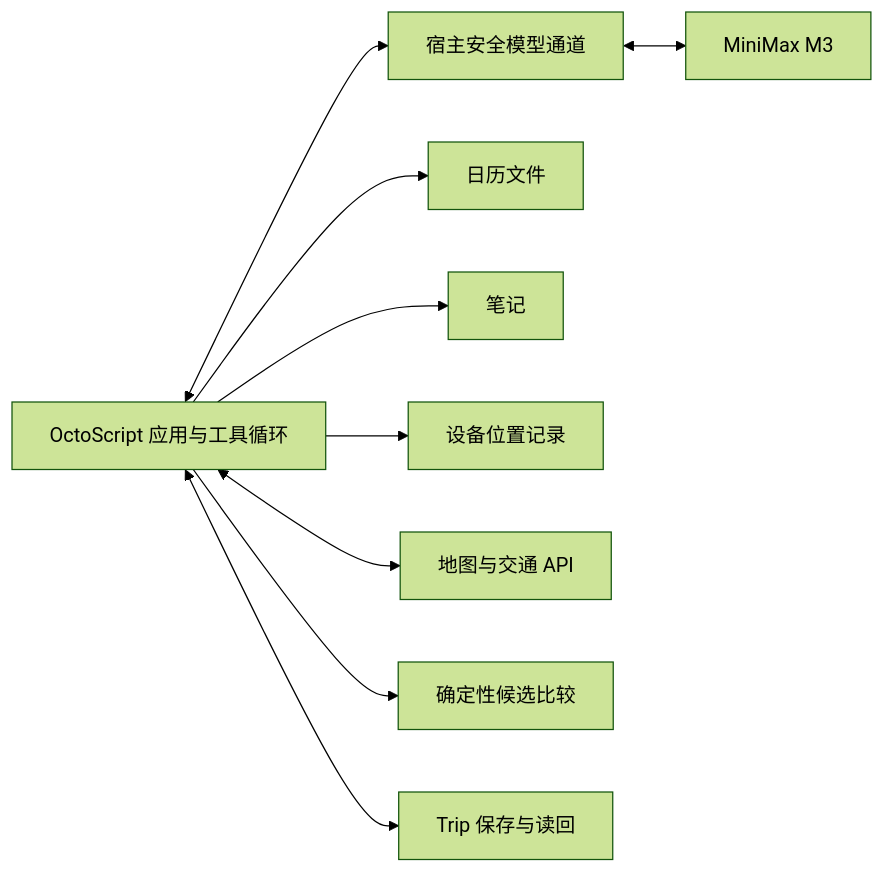
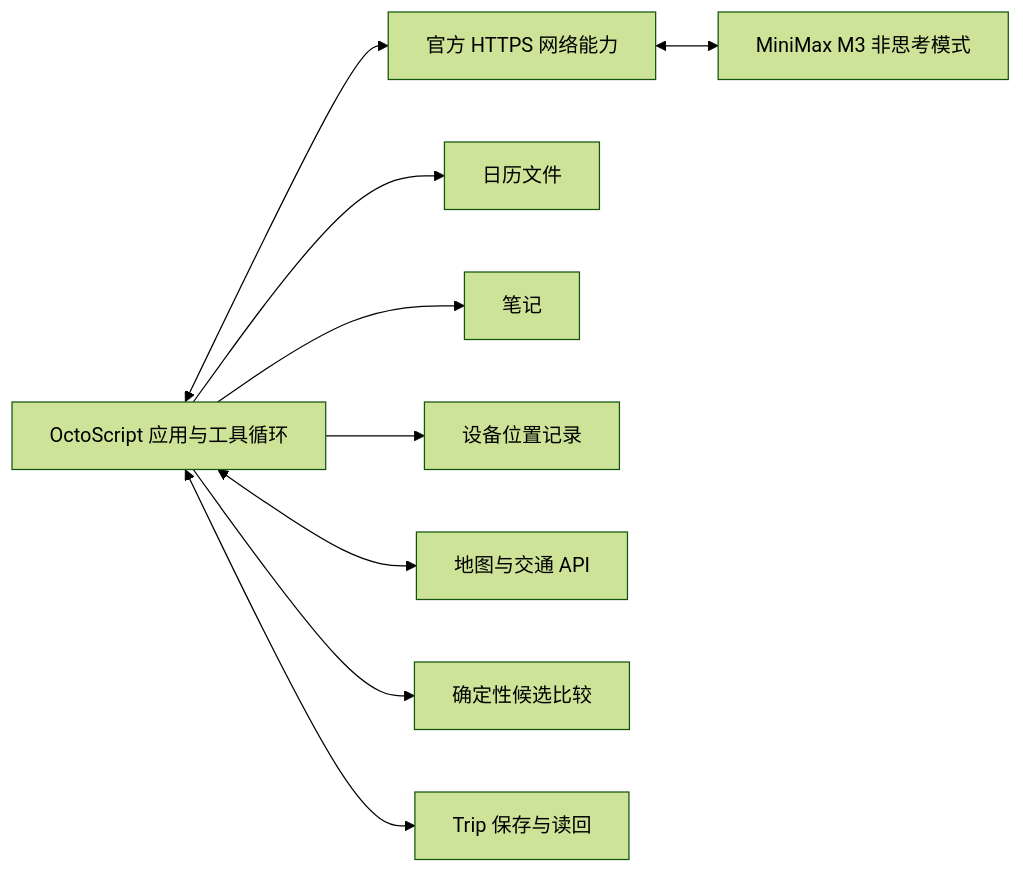
Before and after one commit to xiaoland/gosim-agentic26: the diagram in docs/architecture.md, drawn with Mermaid (forest theme). The commit also changed other lines of this file and 16 other files, not shown here.

````diff
--- a/docs/architecture.md
+++ b/docs/architecture.md
@@ -55,11 +55,11 @@
 ```mermaid
 flowchart LR
-    App[OctoScript 应用与工具循环] <--> Model[宿主安全模型通道]
-    Model <--> M3[MiniMax M3]
+    App[OctoScript 应用与工具循环] <--> Net[官方 HTTPS 网络能力]
+    Net <--> M3[MiniMax M3 非思考模式]
     App --> Calendar[日历文件]
     App --> Notes[笔记]
     App --> Position[设备位置记录]
     App <--> Map[地图与交通 API]
     App --> Planner[确定性候选比较]
     App <--> Trip[Trip 保存与读回]
 ```
````
